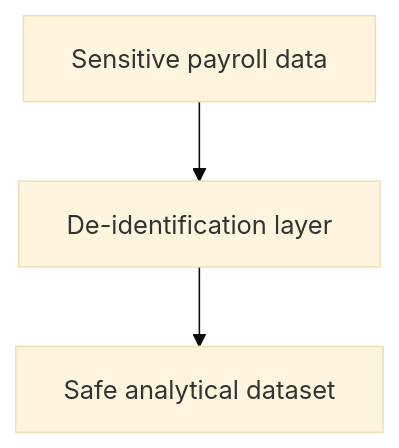
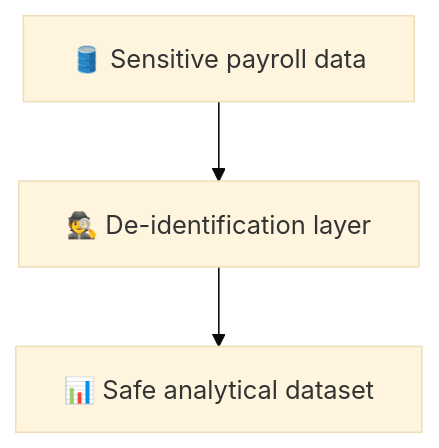
Before and after one commit to pasunboneleve/gcp-rust-blog-public: the second of 5 diagrams in content/posts/2026-03-13-impossible-requests-missing-capabilities.md, drawn with Mermaid (base theme). The commit also changed other lines of this file, not shown here.

````diff
--- a/content/posts/2026-03-13-impossible-requests-missing-capabilities.md
+++ b/content/posts/2026-03-13-impossible-requests-missing-capabilities.md
@@ -40,8 +40,8 @@
 ```mermaid
 flowchart TD
-    sensitive[Sensitive payroll data]
-    deid[De-identification layer]
-    safe[Safe analytical dataset]
+    sensitive[🛢️ Sensitive payroll data]
+    deid[🕵️ De-identification layer]
+    safe[📊 Safe analytical dataset]
 
     sensitive --> deid --> safe
 ```
````
